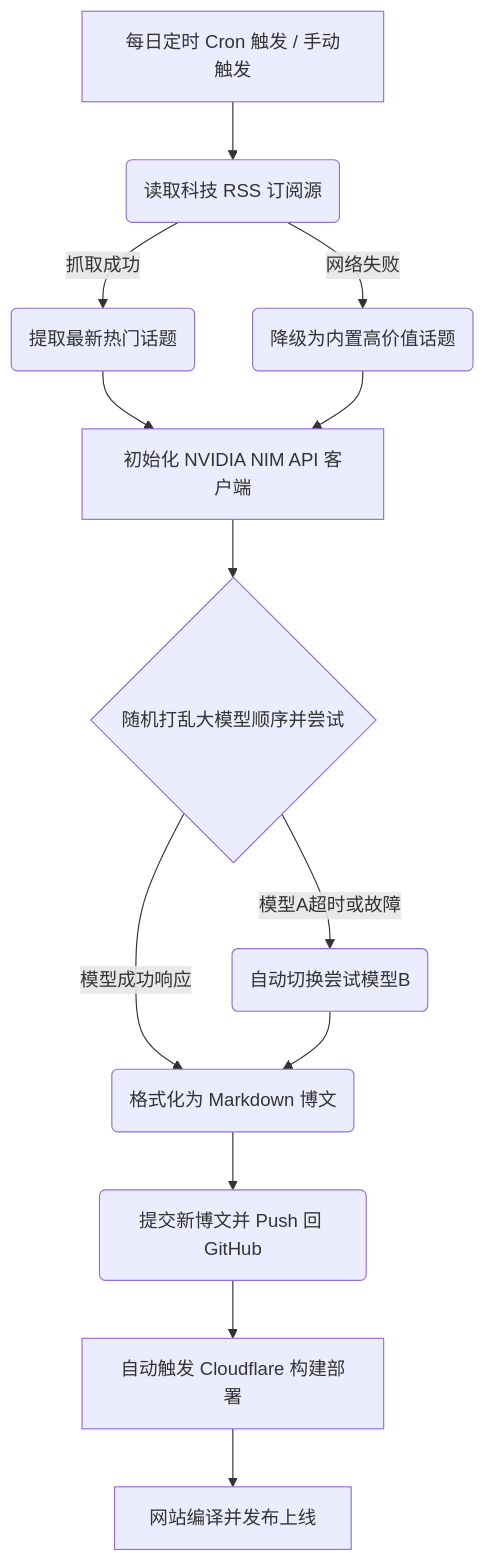
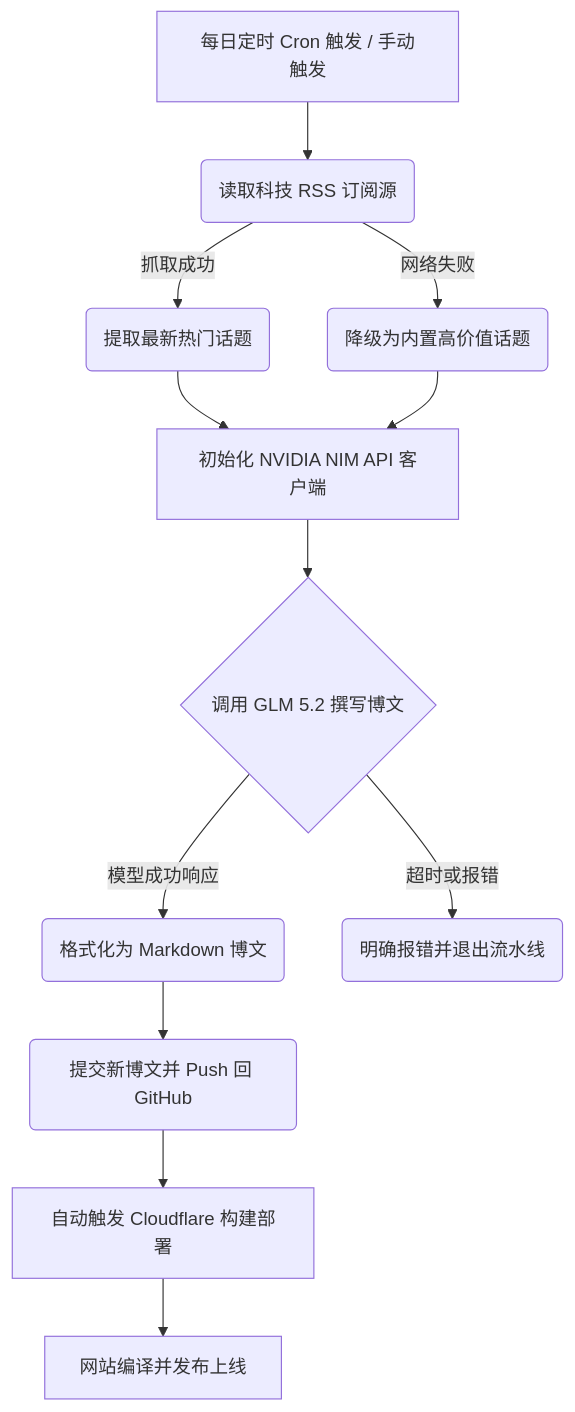
One commit to 3y3y3y-huaiji/hugo-blog-loveit-theme changed the diagram in README.md. Above: the diagram before and after it, drawn with Mermaid. The commit also changed other lines of this file and 16 other files, not shown here.

````diff
--- a/README.md
+++ b/README.md
@@ -57,14 +56,13 @@
 ```mermaid
 graph TD
     A[每日定时 Cron 触发 / 手动触发] --> B(读取科技 RSS 订阅源)
     B -->|抓取成功| C(提取最新热门话题)
     B -->|网络失败| D(降级为内置高价值话题)
     C & D --> E[初始化 NVIDIA NIM API 客户端]
-    E --> F{随机打乱大模型顺序并尝试}
-    F -->|模型A超时或故障| G(自动切换尝试模型B)
+    E --> F{调用 GLM 5.2 撰写博文}
     F -->|模型成功响应| H(格式化为 Markdown 博文)
-    G --> H
+    F -->|超时或报错| Z(明确报错并退出流水线)
     H --> I(提交新博文并 Push 回 GitHub)
     I --> J[自动触发 Cloudflare 构建部署]
     J --> K[网站编译并发布上线]
 ```
````
